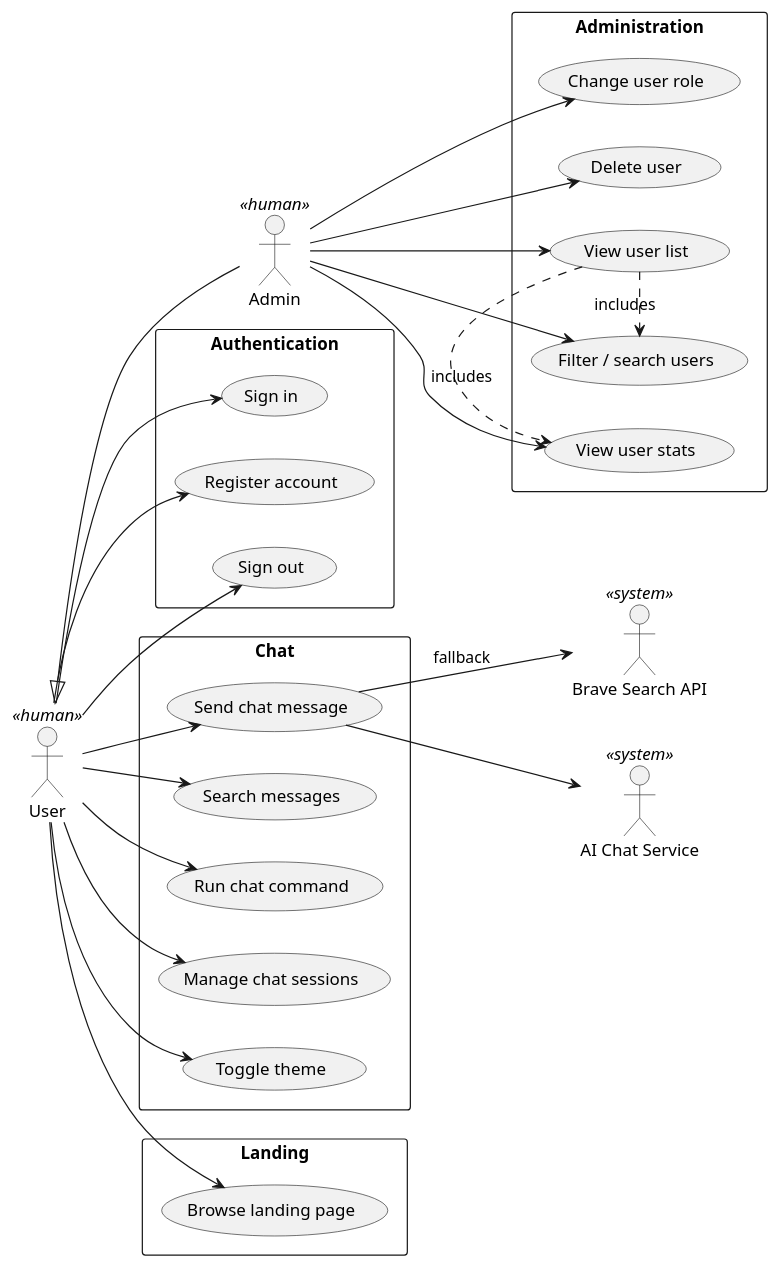
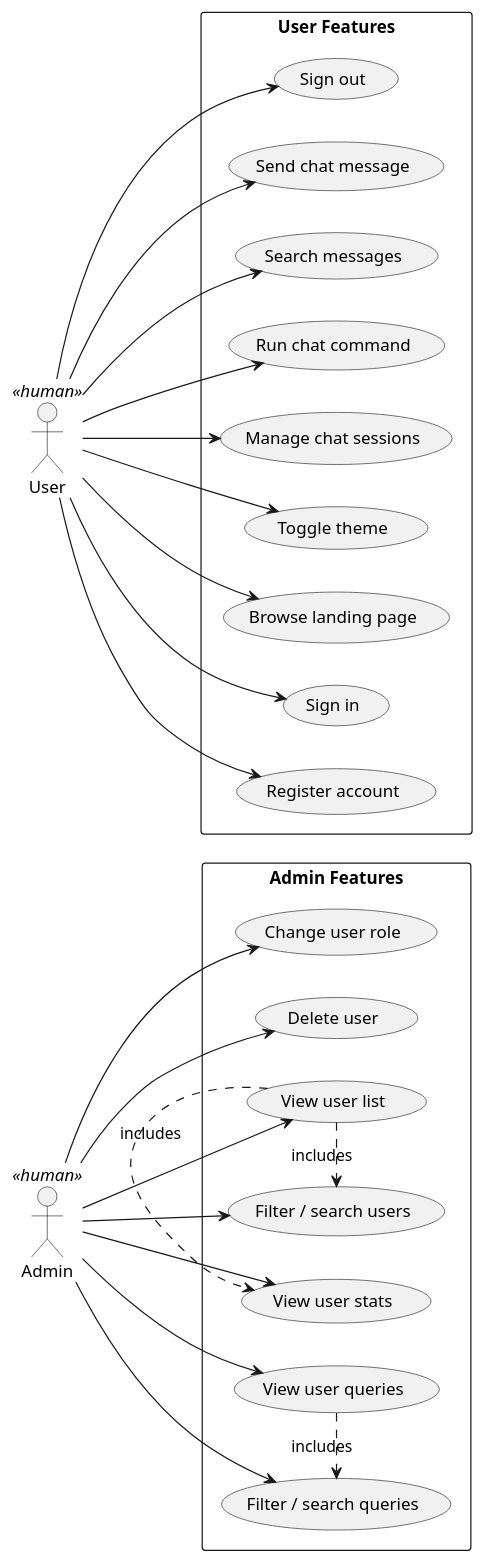
The diagram in dia/use-case.puml (OshekharO/Cyber-Ai), drawn with PlantUML before and after one commit.

Commit message:
refactor(dia): restructure use case diagram hierarchy

```diff
--- a/dia/use-case.puml
+++ b/dia/use-case.puml
@@ -1,61 +1,55 @@
 @startuml
+skinparam packageStyle rectangle
 left to right direction
-skinparam packageStyle rectangle
 
 actor "User" as User <<human>>
 actor "Admin" as Admin <<human>>
-User <|-- Admin
 
-actor "AI Chat Service" as AI <<system>>
-actor "Brave Search API" as Brave <<system>>
-
-rectangle "Authentication" {
+rectangle "User Features" {
   (Sign in) as SignIn
   (Register account) as SignUp
   (Sign out) as SignOut
-}
-
-rectangle "Chat" {
   (Send chat message) as SendMsg
   (Search messages) as Search
   (Run chat command) as Command
   (Manage chat sessions) as Sessions
   (Toggle theme) as Theme
-}
-
-rectangle "Landing" {
   (Browse landing page) as BrowseLanding
 }
 
-rectangle "Administration" {
+rectangle "Admin Features" {
   (View user list) as ListUsers
   (Filter / search users) as FilterUsers
   (View user stats) as Stats
   (Change user role) as ChangeRole
   (Delete user) as DeleteUser
+  (View user queries) as ListQueries
+  (Filter / search queries) as FilterQueries
 }
 
 ' ---- User flows ----
 User --> SignIn
 User --> SignUp
 User --> SignOut
 User --> SendMsg
 User --> Search
 User --> Command
 User --> Sessions
 User --> Theme
 User --> BrowseLanding
 
-SendMsg --> AI
-SendMsg --> Brave : fallback
-
-' ---- Admin flows (Admin inherits all User use cases) ----
+' ---- Admin flows ----
 Admin --> ListUsers
 Admin --> FilterUsers
 Admin --> Stats
 Admin --> ChangeRole
 Admin --> DeleteUser
+Admin --> ListQueries
+Admin --> FilterQueries
 
+' ---- Include relationships ----
 ListUsers .> FilterUsers : includes
 ListUsers .> Stats : includes
+ListQueries .> FilterQueries : includes
+
 @enduml
```
